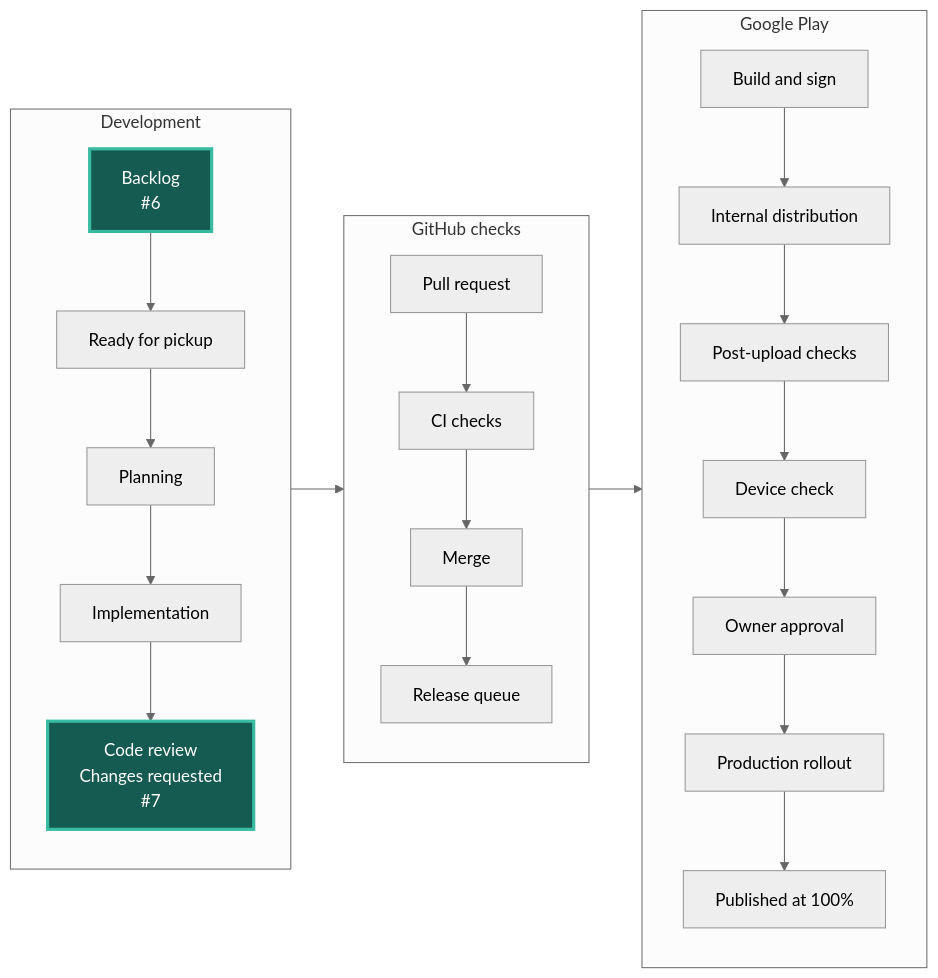
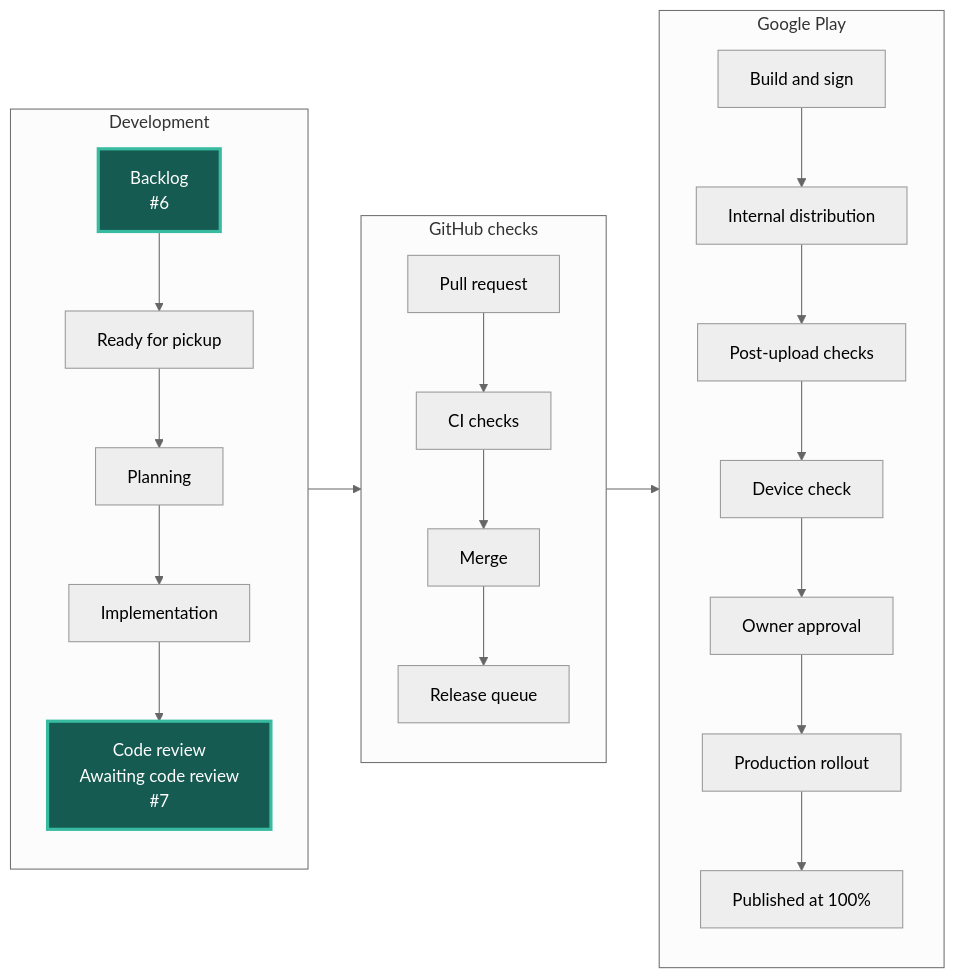
The diagram in STATUS.md (Oziomajnr/ChessTournamentManager), drawn with Mermaid (neutral theme) before and after one commit. The commit also changed other lines of this file and 1 other file, not shown here.

Commit message:
Refresh issue delivery graph

````diff
--- a/STATUS.md
+++ b/STATUS.md
@@ -5,35 +5,35 @@
 ```mermaid
 flowchart LR
     accTitle: Current issue positions in the delivery workflow
     accDescr: Development flows into GitHub checks and Google Play. Each issue number appears at its current step.
     subgraph development["Development"]
         direction TB
         backlog["Backlog<br/>#6"]:::occupied
         ready["Ready for pickup"]
         plan["Planning"]
         code["Implementation"]
-        review["Code review<br/>Changes requested<br/>#7"]:::occupied
+        review["Code review<br/>Awaiting code review<br/>#7"]:::occupied
         backlog --> ready --> plan --> code --> review
     end
     subgraph integration["GitHub checks"]
         direction TB
         pull["Pull request"]
         ci["CI checks"]
         merge["Merge"]
         queue["Release queue"]
         pull --> ci --> merge --> queue
     end
     subgraph distribution["Google Play"]
         direction TB
         build["Build and sign"]
         internal["Internal distribution"]
         reports["Post-upload checks"]
         device["Device check"]
         approval["Owner approval"]
         rollout["Production rollout"]
         published["Published at 100%"]
         build --> internal --> reports --> device --> approval --> rollout --> published
     end
     development --> integration --> distribution
     classDef occupied fill:#165b51,color:#ffffff,stroke:#38bba0,stroke-width:3px
 ```
````
